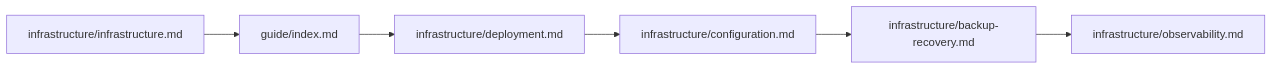
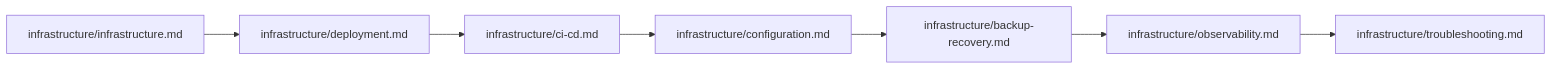
One commit to reasvyn/internara changed the second of 3 diagrams in docs/index.md. Above: the diagram before and after it, drawn with Mermaid. The commit also changed other lines of this file and 670 other files, not shown here.

````diff
--- a/docs/index.md
+++ b/docs/index.md
@@ -177,8 +168,9 @@
 ```mermaid
 flowchart LR
-    A[infrastructure/infrastructure.md] --> B[guide/index.md]
-    B --> C[infrastructure/deployment.md]
+    A[infrastructure/infrastructure.md] --> B[infrastructure/deployment.md]
+    B --> C[infrastructure/ci-cd.md]
     C --> D[infrastructure/configuration.md]
     D --> E[infrastructure/backup-recovery.md]
     E --> F[infrastructure/observability.md]
+    F --> G[infrastructure/troubleshooting.md]
 ```
````
